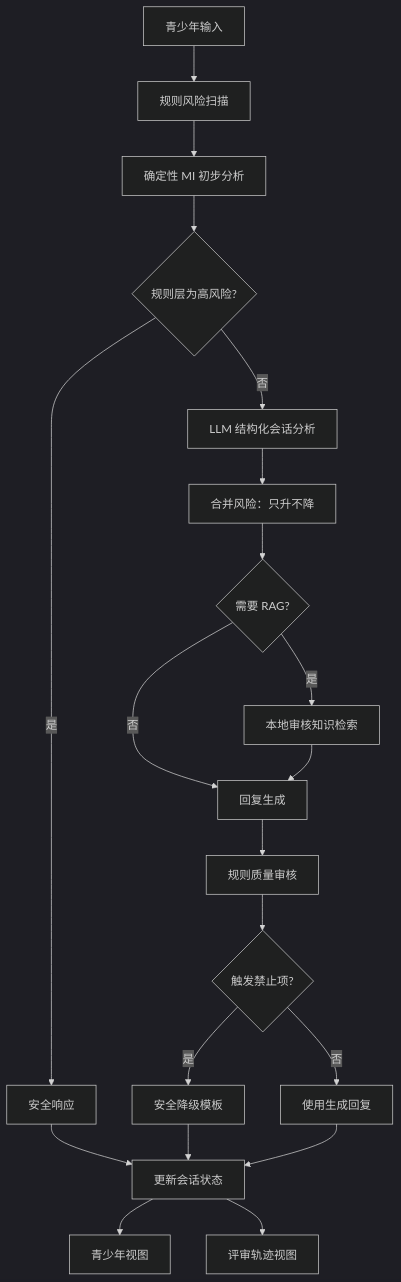
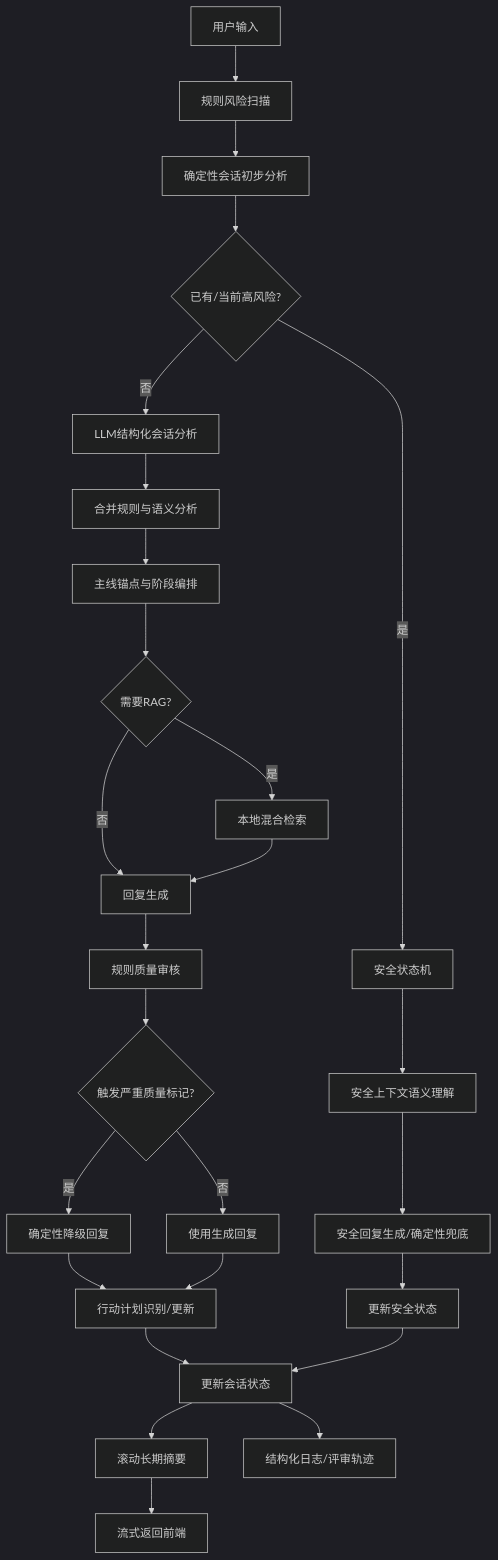
One commit to 0401chen/Noname2.0 changed the diagram in docs/architecture.md. Above: the diagram before and after it, drawn with Mermaid (dark theme). The commit also changed other lines of this file, not shown here.

Commit message:
align architecture documentation with final implementation

````diff
--- a/docs/architecture.md
+++ b/docs/architecture.md
@@ -14,22 +22,31 @@
 ```mermaid
 flowchart TD
-    A[青少年输入] --> B[规则风险扫描]
-    B --> C[确定性 MI 初步分析]
-    C --> D{规则层为高风险?}
-    D -- 是 --> E[安全响应]
-    D -- 否 --> F[LLM 结构化会话分析]
-    F --> G[合并风险：只升不降]
-    G --> H{需要 RAG?}
-    H -- 是 --> I[本地审核知识检索]
-    H -- 否 --> J[回复生成]
-    I --> J
-    J --> K[规则质量审核]
-    K --> L{触发禁止项?}
-    L -- 是 --> M[安全降级模板]
-    L -- 否 --> N[使用生成回复]
-    E --> O[更新会话状态]
-    M --> O
-    N --> O
-    O --> P[青少年视图]
-    O --> Q[评审轨迹视图]
+    A[用户输入] --> B[规则风险扫描]
+    B --> C[确定性会话初步分析]
+    C --> D{已有/当前高风险?}
+    D -- 是 --> E[安全状态机]
+    E --> F[安全上下文语义理解]
+    F --> G[安全回复生成/确定性兜底]
+
+    D -- 否 --> H[LLM结构化会话分析]
+    H --> I[合并规则与语义分析]
+    I --> J[主线锚点与阶段编排]
+    J --> K{需要RAG?}
+    K -- 是 --> L[本地混合检索]
+    K -- 否 --> M[回复生成]
+    L --> M
+
+    M --> N[规则质量审核]
+    N --> O{触发严重质量标记?}
+    O -- 是 --> P[确定性降级回复]
+    O -- 否 --> Q[使用生成回复]
+
+    P --> R[行动计划识别/更新]
+    Q --> R
+    G --> S[更新安全状态]
+    R --> T[更新会话状态]
+    S --> T
+    T --> U[滚动长期摘要]
+    U --> V[流式返回前端]
+    T --> W[结构化日志/评审轨迹]
 ```
````
